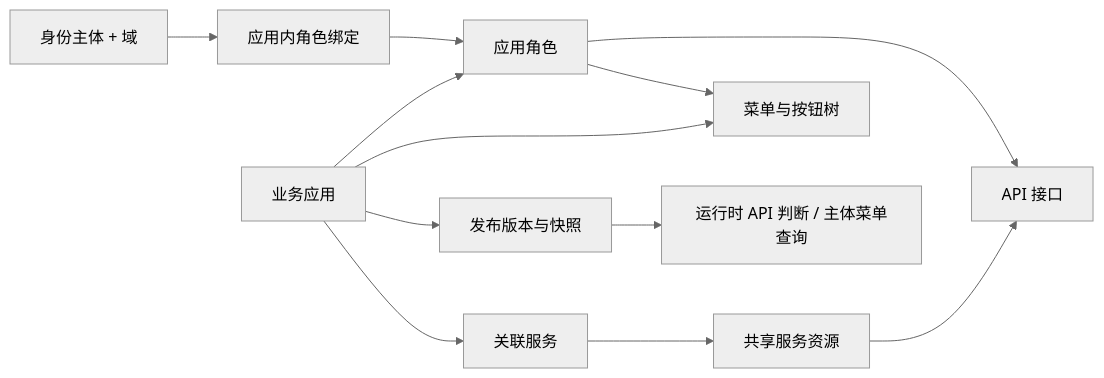
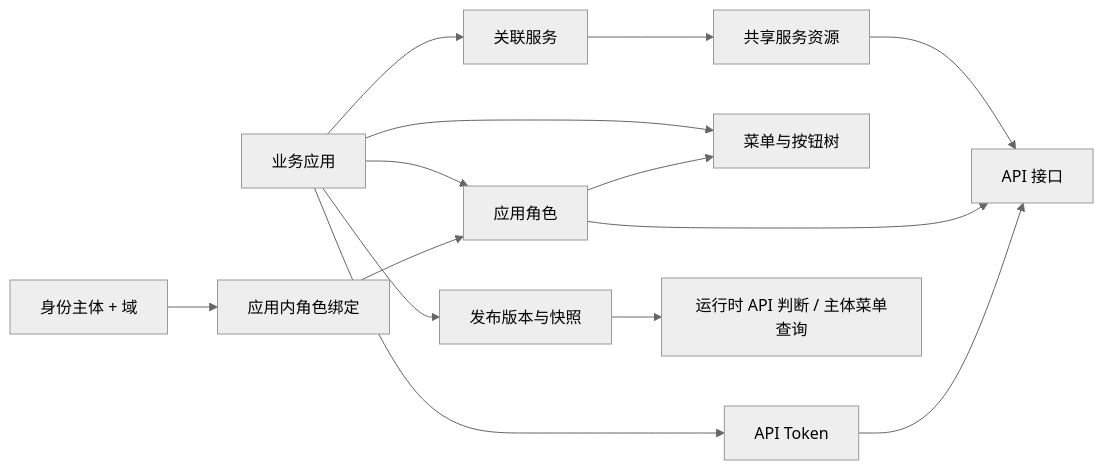
One commit to Zevlune/NexusAuthorization changed the diagram in doc/current-system-overview.md. Above: the diagram before and after it, drawn with Mermaid (neutral theme). The commit also changed other lines of this file and 65 other files, not shown here.

````diff
--- a/doc/current-system-overview.md
+++ b/doc/current-system-overview.md
@@ -31,14 +33,16 @@
 ```mermaid
 flowchart LR
     A[业务应用] --> L[关联服务]
     L --> S[共享服务资源]
     S --> E[API 接口]
     A --> M[菜单与按钮树]
     A --> R[应用角色]
     R --> E
     R --> M
     U[身份主体 + 域] --> B[应用内角色绑定]
     B --> R
+    A --> T[API Token]
+    T --> E
     A --> P[发布版本与快照]
     P --> D[运行时 API 判断 / 主体菜单查询]
 ```
````
